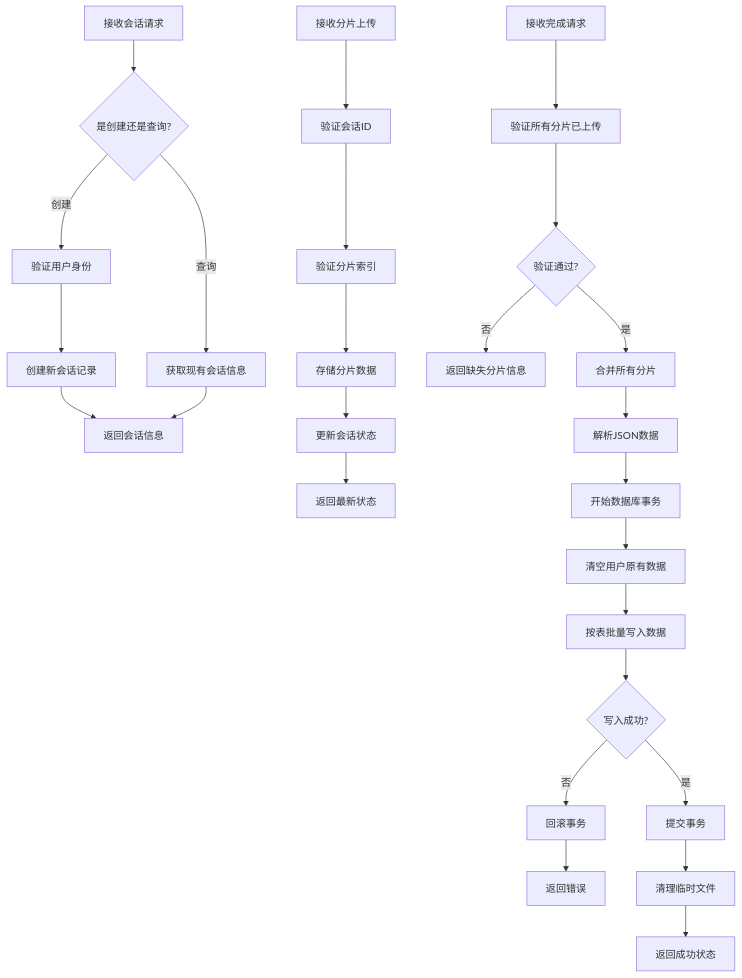
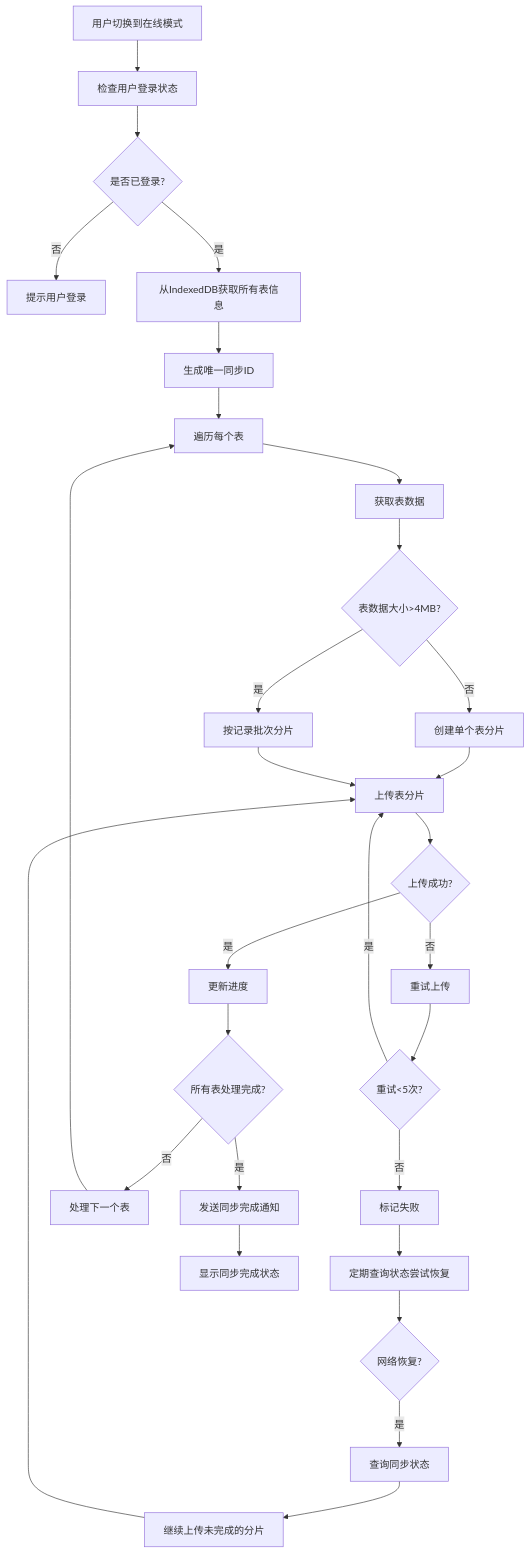
Before and after one commit to yingjianzh/iodraw-files: the diagram in all/未命名-59.md, drawn with Mermaid.

Commit message:
2025-05-14 17:55:02 update

````diff
--- a/all/未命名-59.md
+++ b/all/未命名-59.md
@@ -1,30 +1,31 @@
 ```mermaid
 flowchart TD
-    A[接收会话请求] --> B{是创建还是查询?}
-    B -->|创建| C[验证用户身份]
-    B -->|查询| D[获取现有会话信息]
-    C --> E[创建新会话记录]
-    E --> F[返回会话信息]
-    D --> F
-    
-    G[接收分片上传] --> H[验证会话ID]
-    H --> I[验证分片索引]
-    I --> J[存储分片数据]
-    J --> K[更新会话状态]
-    K --> L[返回最新状态]
-    
-    M[接收完成请求] --> N[验证所有分片已上传]
-    N --> O{验证通过?}
-    O -->|否| P[返回缺失分片信息]
-    O -->|是| Q[合并所有分片]
-    Q --> R[解析JSON数据]
-    R --> S[开始数据库事务]
-    S --> T[清空用户原有数据]
-    T --> U[按表批量写入数据]
-    U --> V{写入成功?}
-    V -->|否| W[回滚事务]
-    W --> X[返回错误]
-    V -->|是| Y[提交事务]
-    Y --> Z[清理临时文件]
-    Z --> AA[返回成功状态]
+    A[用户切换到在线模式] --> B[检查用户登录状态]
+    B --> C{是否已登录?}
+    C -->|否| D[提示用户登录]
+    C -->|是| E[从IndexedDB获取所有表信息]
+    E --> F[生成唯一同步ID]
+    F --> G[遍历每个表]
+    G --> H[获取表数据]
+    H --> I{表数据大小>4MB?}
+    I -->|否| J[创建单个表分片]
+    I -->|是| K[按记录批次分片]
+    J --> L[上传表分片]
+    K --> L
+    L --> M{上传成功?}
+    M -->|否| N[重试上传]
+    N --> O{重试<5次?}
+    O -->|是| L
+    O -->|否| P[标记失败]
+    P --> Q[定期查询状态尝试恢复]
+    M -->|是| R[更新进度]
+    R --> S{所有表处理完成?}
+    S -->|否| T[处理下一个表]
+    T --> G
+    S -->|是| U[发送同步完成通知]
+    U --> V[显示同步完成状态]
+    Q --> W{网络恢复?}
+    W -->|是| X[查询同步状态]
+    X --> Y[继续上传未完成的分片]
+    Y --> L
 ```
````
